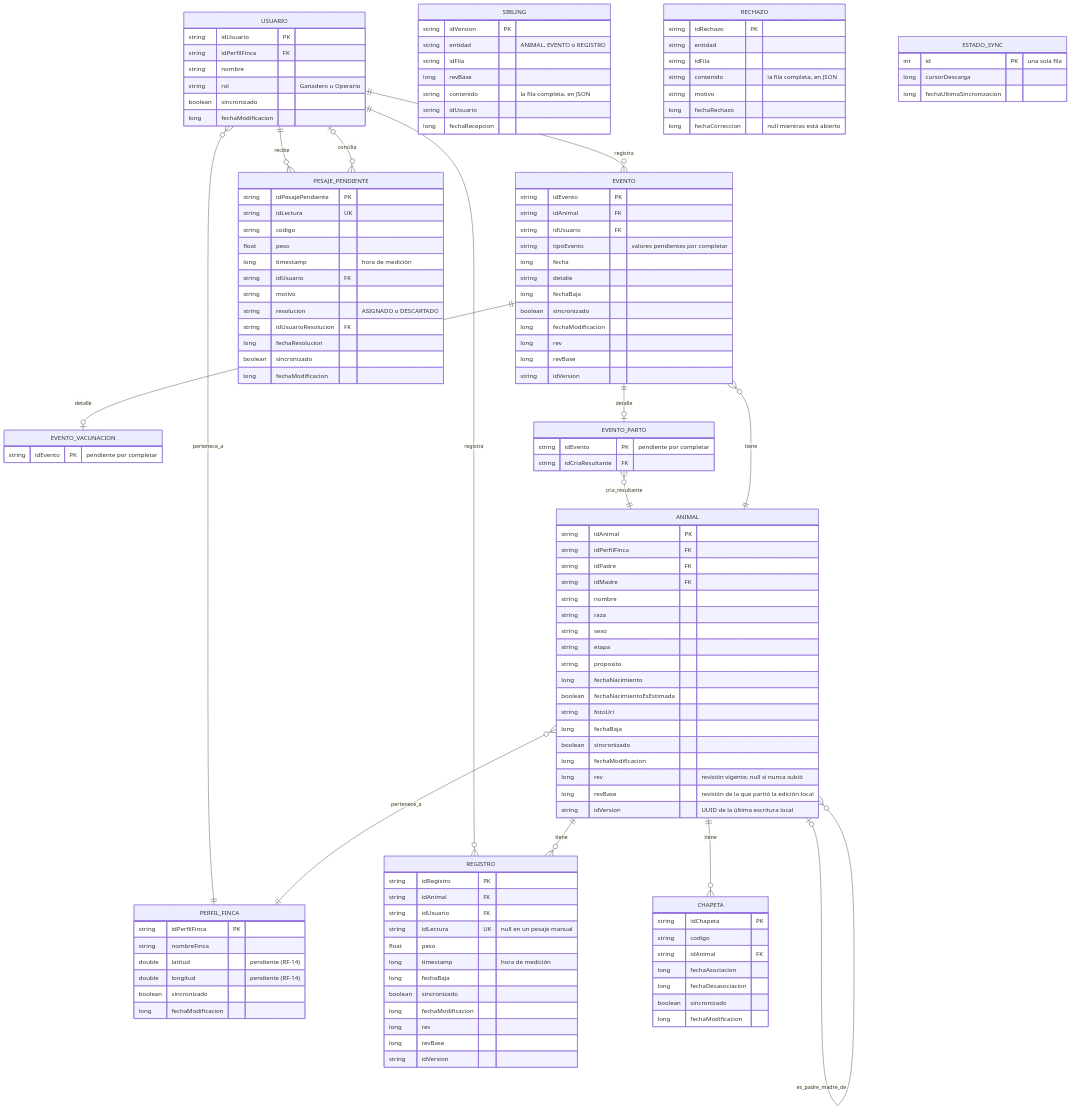
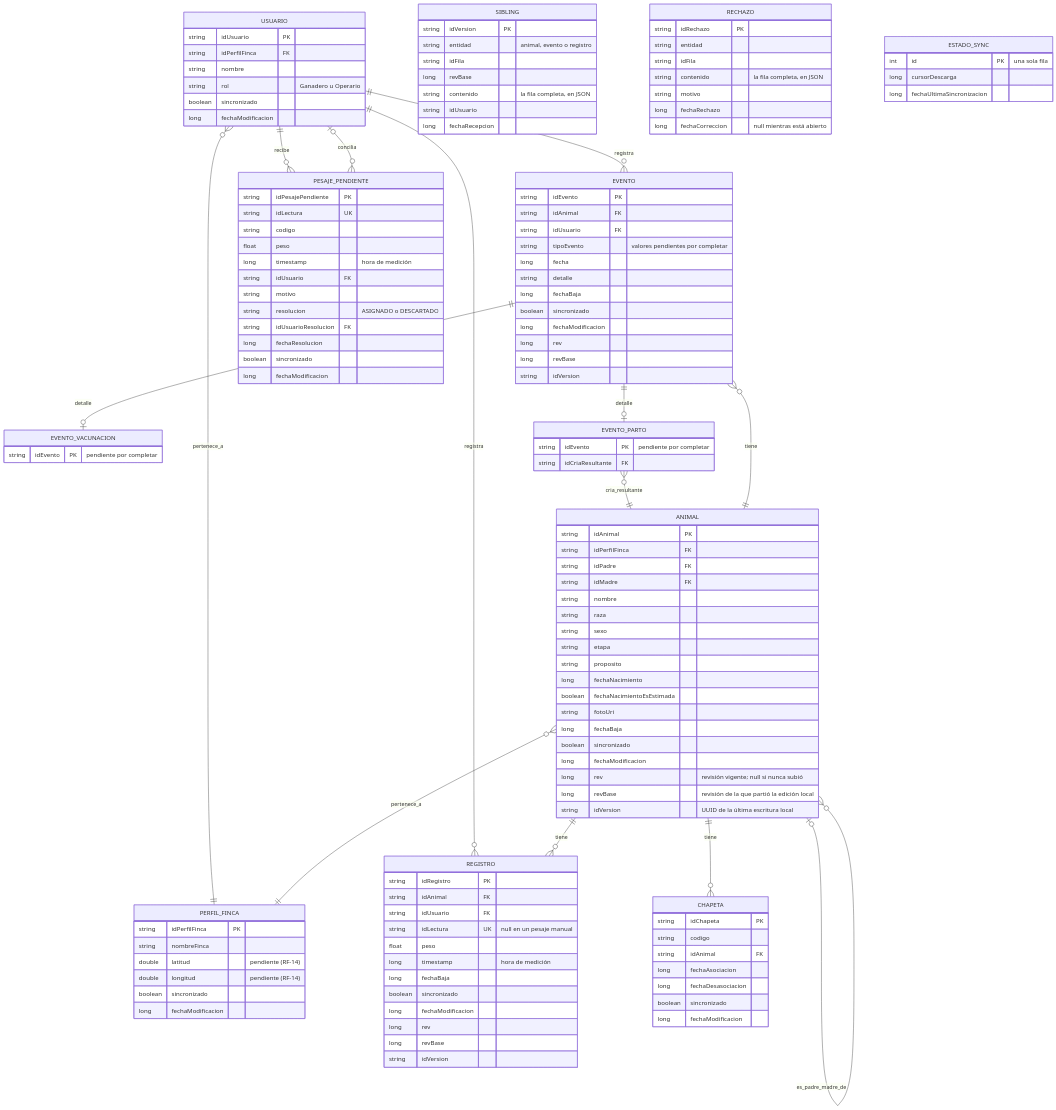
Before and after one commit to DevCris80/Degree-Work: the diagram in docs/diagramas/diagrama-relaciones-trazabilidad-bovina.md, drawn with Mermaid.

Commit message:
docs: el diagrama de relaciones guarda la entidad de un Sibling en minúsculas, como el servidor

```diff
--- a/docs/diagramas/diagrama-relaciones-trazabilidad-bovina.md
+++ b/docs/diagramas/diagrama-relaciones-trazabilidad-bovina.md
@@ -114,7 +114,7 @@
     }
     SIBLING {
         string idVersion PK
-        string entidad "ANIMAL, EVENTO o REGISTRO"
+        string entidad "animal, evento o registro"
         string idFila
         long revBase
         string contenido "la fila completa, en JSON"
```
